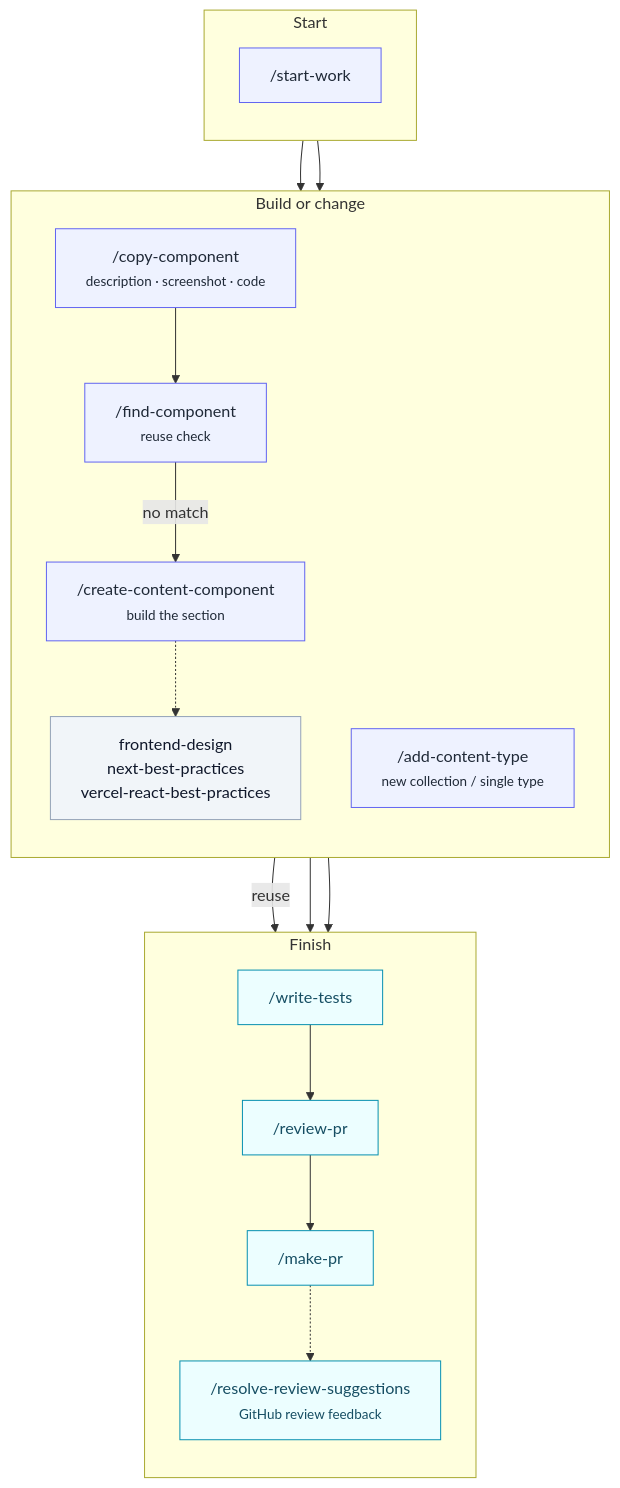
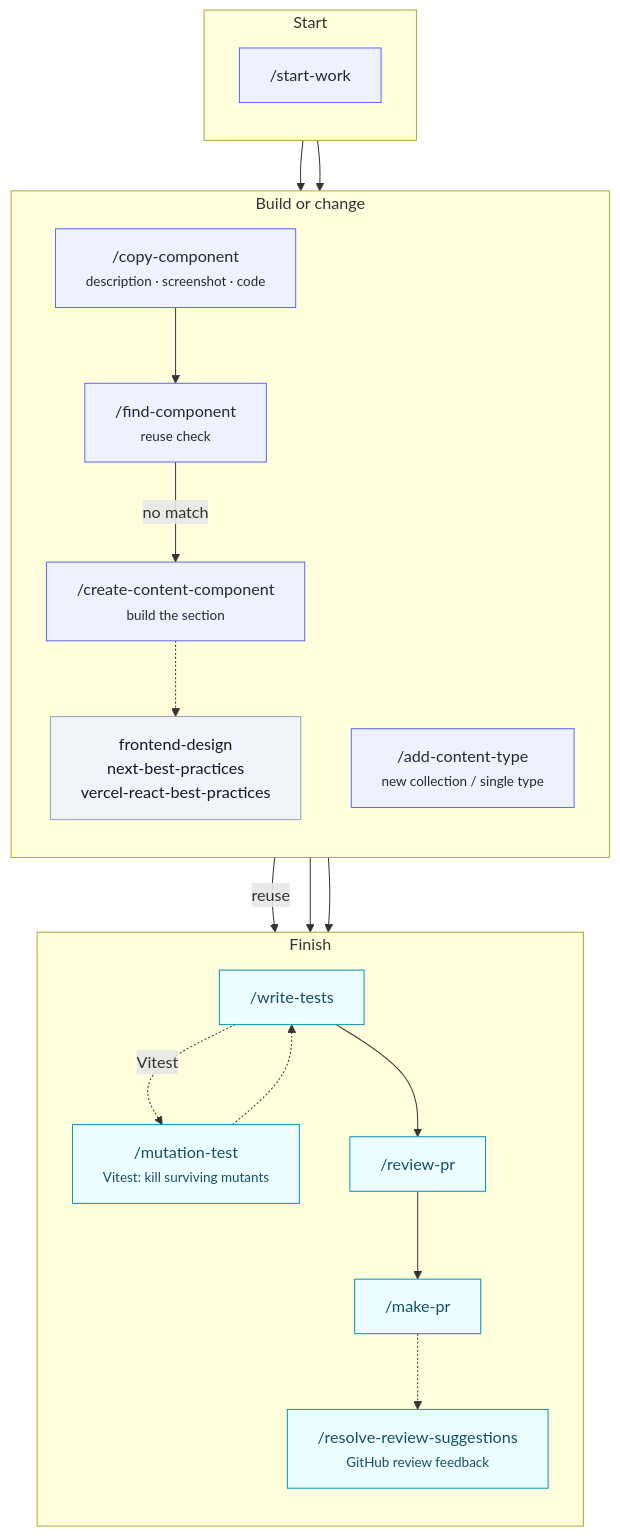
One commit to notum-cz/strapi-next-monorepo-starter changed the first of 5 diagrams in apps/docs/docs/reference/AI/skills/overview.md. Above: the diagram before and after it, drawn with Mermaid. The commit also changed other lines of this file and 6 other files, not shown here.

First line of the commit message:
feat: add mutation-test agent skill

````diff
--- a/apps/docs/docs/reference/AI/skills/overview.md
+++ b/apps/docs/docs/reference/AI/skills/overview.md
@@ -54,41 +55,44 @@
 ```mermaid
 flowchart TB
   classDef skill fill:#eef2ff,stroke:#6366f1,color:#1f2937
   classDef tail fill:#ecfeff,stroke:#0891b2,color:#164e63
   classDef helper fill:#f1f5f9,stroke:#94a3b8,color:#0f172a
 
   subgraph Entry["Start"]
     direction TB
     S["/start-work"]:::skill
   end
 
   subgraph Build["Build or change"]
     direction TB
     CP["/copy-component<br/><small>description · screenshot · code</small>"]:::skill
     F["/find-component<br/><small>reuse check</small>"]:::skill
     A["/create-content-component<br/><small>build the section</small>"]:::skill
     C["/add-content-type<br/><small>new collection / single type</small>"]:::skill
     H["frontend-design<br/>next-best-practices<br/>vercel-react-best-practices"]:::helper
   end
 
   subgraph Finish["Finish"]
     direction TB
     T["/write-tests"]:::tail
+    M["/mutation-test<br/><small>Vitest: kill surviving mutants</small>"]:::tail
     R["/review-pr"]:::tail
     P["/make-pr"]:::tail
     RS["/resolve-review-suggestions<br/><small>GitHub review feedback</small>"]:::tail
   end
 
   S --> CP
   S --> C
   CP --> F
   F -->|"reuse"| T
   F -->|"no match"| A
 
   A -.-> H
   A --> T
   C --> T
+  T -.->|"Vitest"| M
+  M -.-> T
   T --> R
   R --> P
   P -.-> RS
 ```
````
